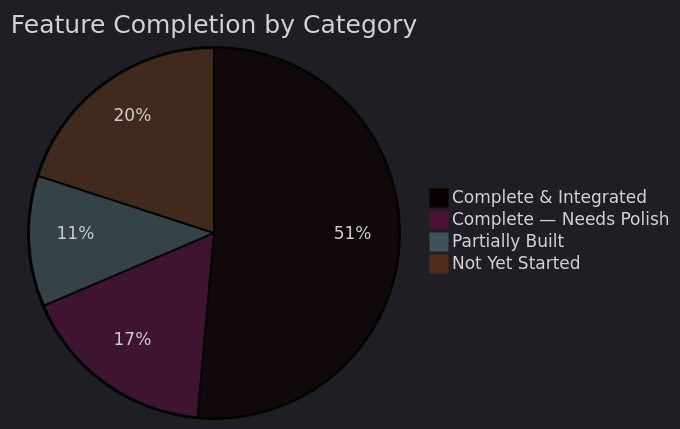
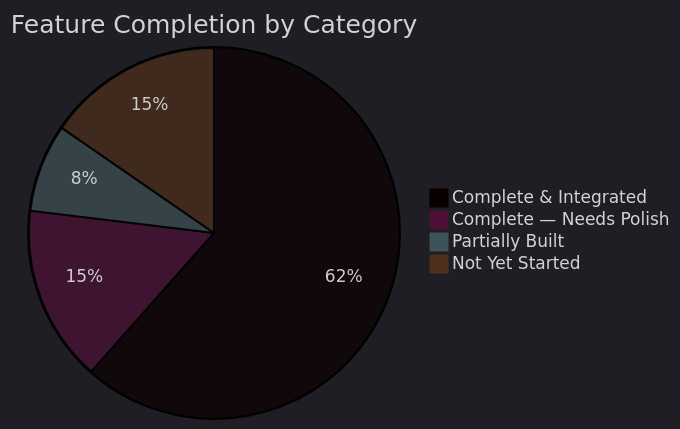
Before and after one commit to MartyChouette/iris_v3.0: the seventh of 30 diagrams in docs/IRIS_REPORT.md, drawn with Mermaid. The commit also changed other lines of this file and 1 other file, not shown here.

````diff
--- a/docs/IRIS_REPORT.md
+++ b/docs/IRIS_REPORT.md
@@ -341,8 +369,8 @@
 ```mermaid
 %%{init: {'theme': 'dark'}}%%
 pie title Feature Completion by Category
-    "Complete & Integrated" : 18
+    "Complete & Integrated" : 24
     "Complete — Needs Polish" : 6
-    "Partially Built" : 4
-    "Not Yet Started" : 7
+    "Partially Built" : 3
+    "Not Yet Started" : 6
 ```
````
